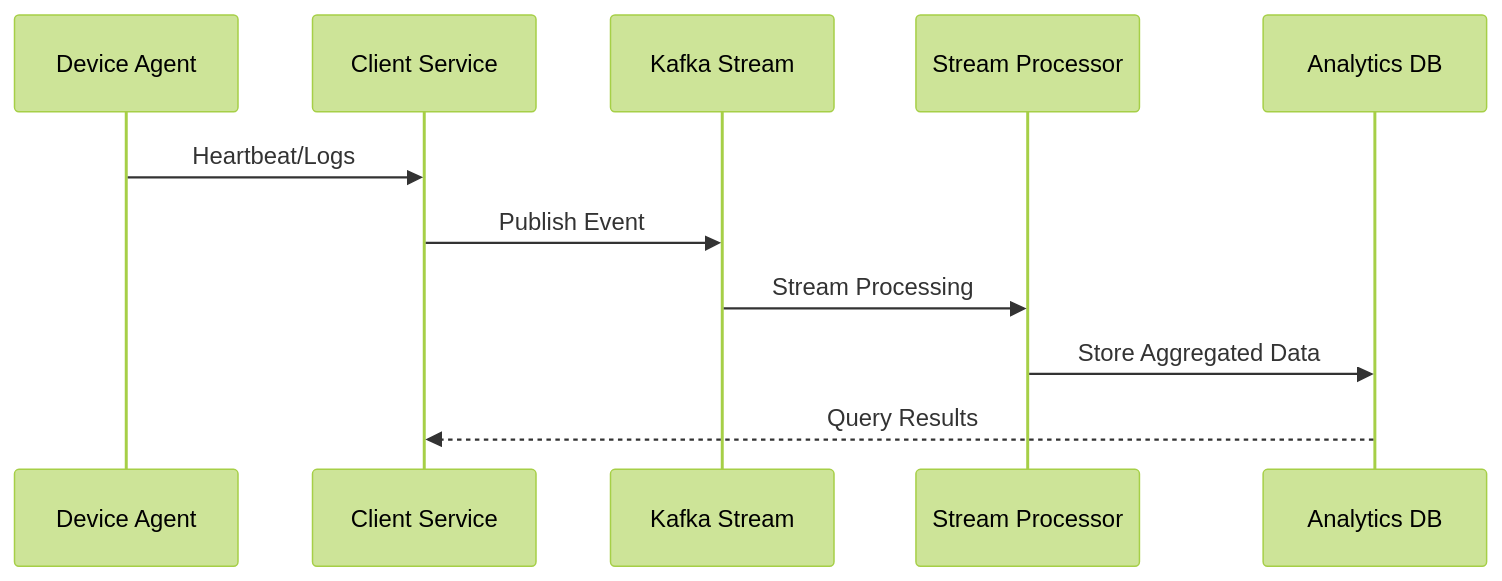
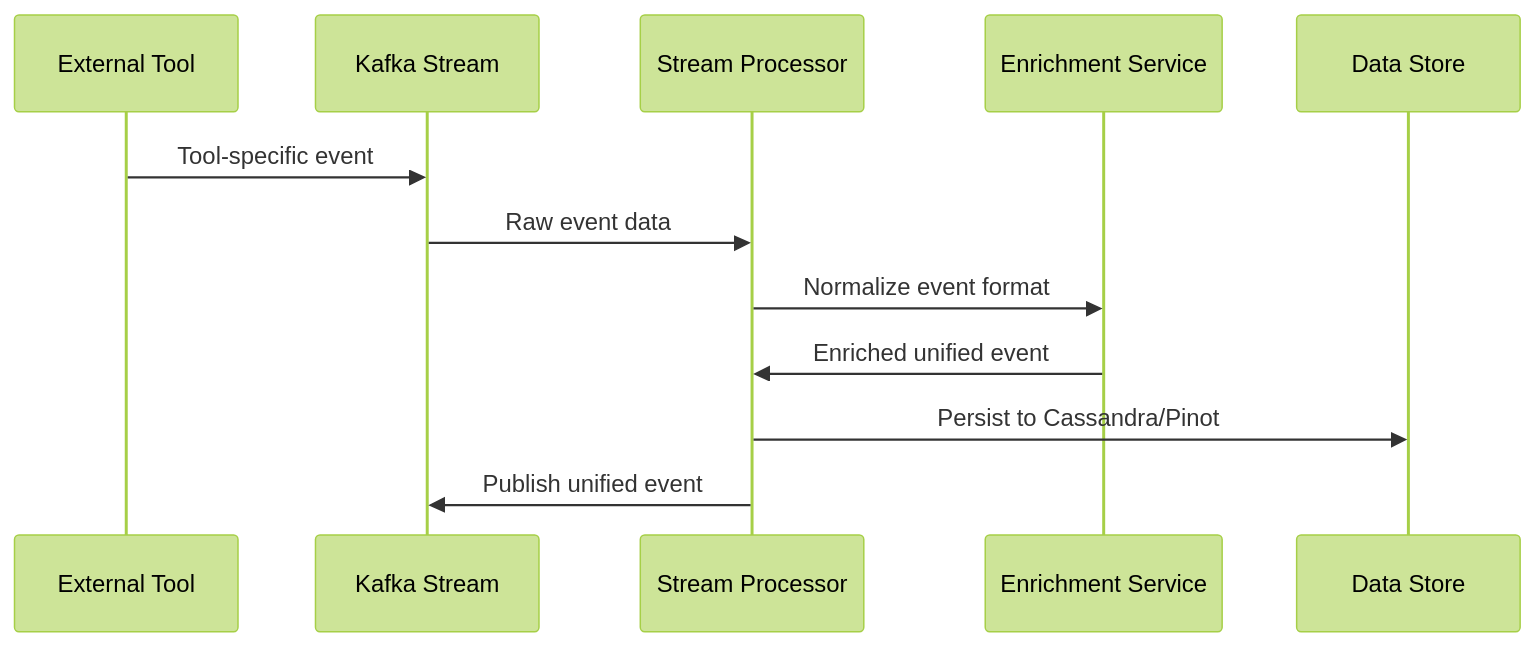
Before and after one commit to flamingo-stack/openframe-oss-lib: the first of 2 diagrams in docs/getting-started/first-steps.md, drawn with Mermaid (forest theme). The commit also changed other lines of this file and 172 other files, not shown here.

````diff
--- a/docs/getting-started/first-steps.md
+++ b/docs/getting-started/first-steps.md
@@ -207,14 +182,15 @@
 ```mermaid
 sequenceDiagram
-    participant Agent as Device Agent
-    participant Client as Client Service  
+    participant Tool as External Tool
     participant Kafka as Kafka Stream
     participant Stream as Stream Processor
-    participant Analytics as Analytics DB
-    
-    Agent->>Client: Heartbeat/Logs
-    Client->>Kafka: Publish Event
-    Kafka->>Stream: Stream Processing
-    Stream->>Analytics: Store Aggregated Data
-    Analytics-->>Client: Query Results
+    participant Enrich as Enrichment Service
+    participant Store as Data Store
+
+    Tool->>Kafka: Tool-specific event
+    Kafka->>Stream: Raw event data
+    Stream->>Enrich: Normalize event format
+    Enrich->>Stream: Enriched unified event
+    Stream->>Store: Persist to Cassandra/Pinot
+    Stream->>Kafka: Publish unified event
 ```
````
